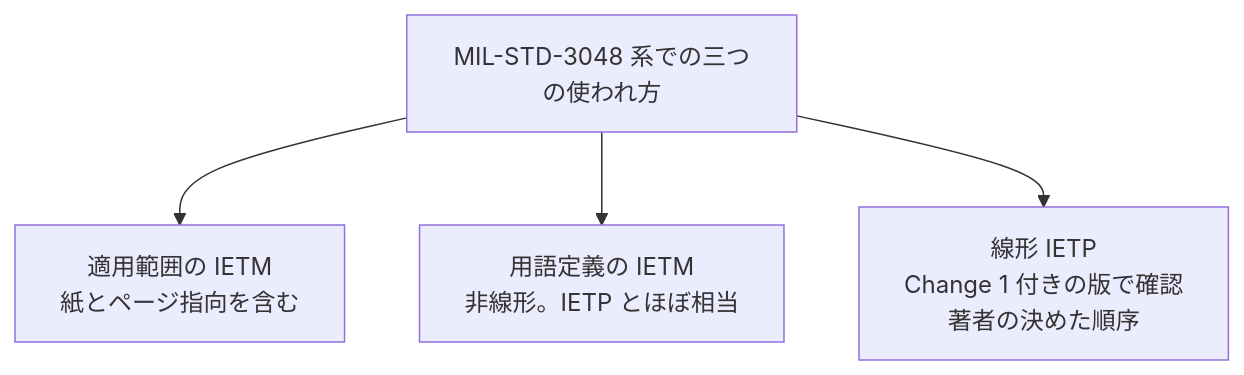
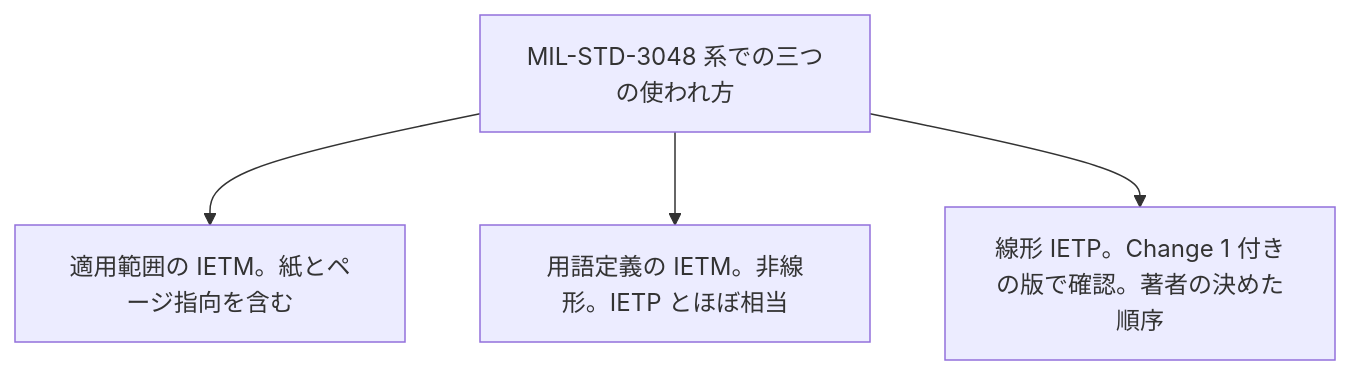
The diagram in books/ietm-overview/ietm-vs-ietp.md (shuji-bonji/zenn-articles), drawn with Mermaid before and after one commit. The commit also changed 6 other files, not shown here.

````diff
--- a/books/ietm-overview/ietm-vs-ietp.md
+++ b/books/ietm-overview/ietm-vs-ietp.md
@@ -48,7 +48,7 @@
 ```mermaid
 flowchart TB
   S["MIL-STD-3048 系での三つの使われ方"]
-  S --> A["適用範囲の IETM<br/>紙とページ指向を含む"]
-  S --> B["用語定義の IETM<br/>非線形。IETP とほぼ相当"]
-  S --> C["線形 IETP<br/>Change 1 付きの版で確認<br/>著者の決めた順序"]
+  S --> A["適用範囲の IETM。紙とページ指向を含む"]
+  S --> B["用語定義の IETM。非線形。IETP とほぼ相当"]
+  S --> C["線形 IETP。Change 1 付きの版で確認。著者の決めた順序"]
 ```
````
